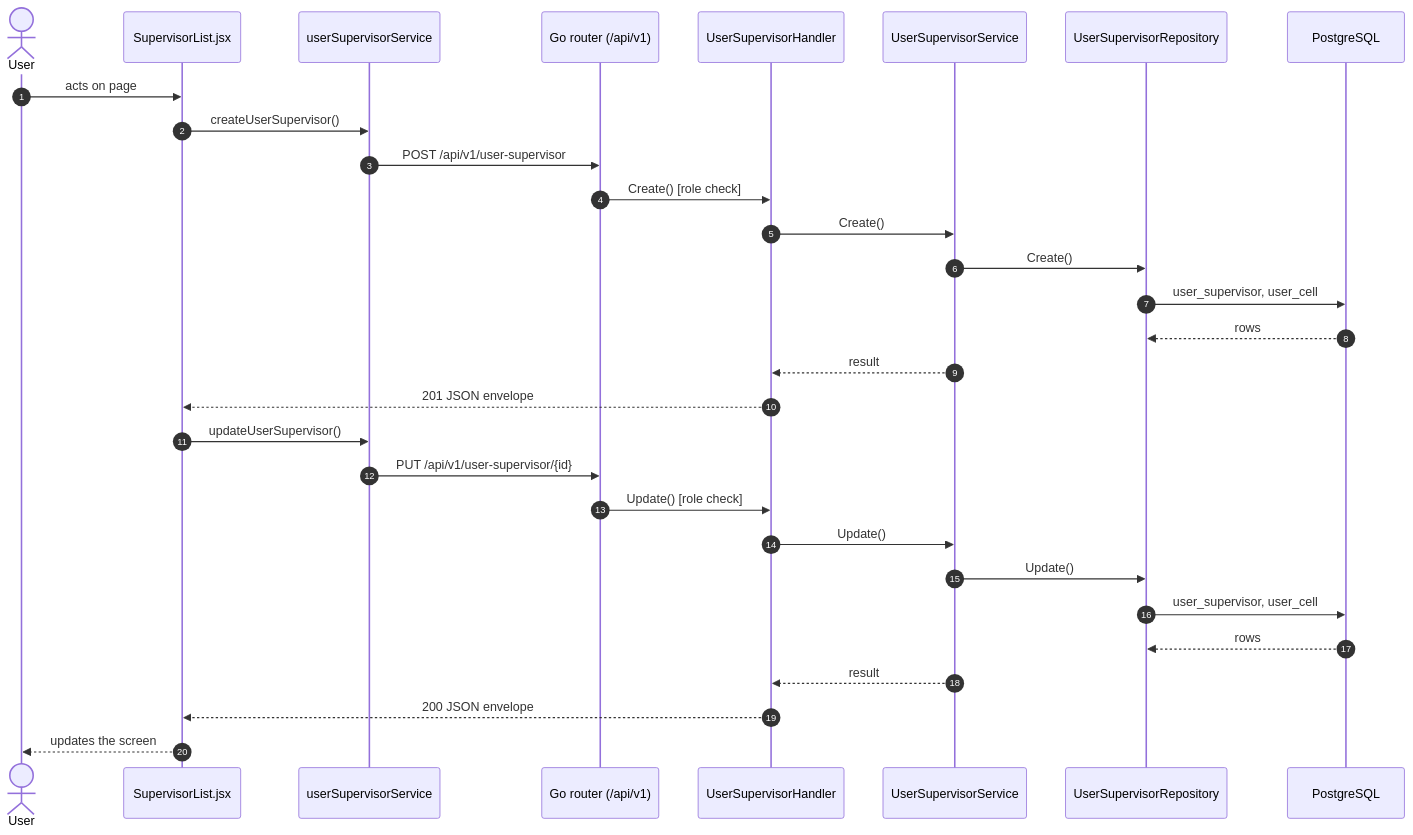
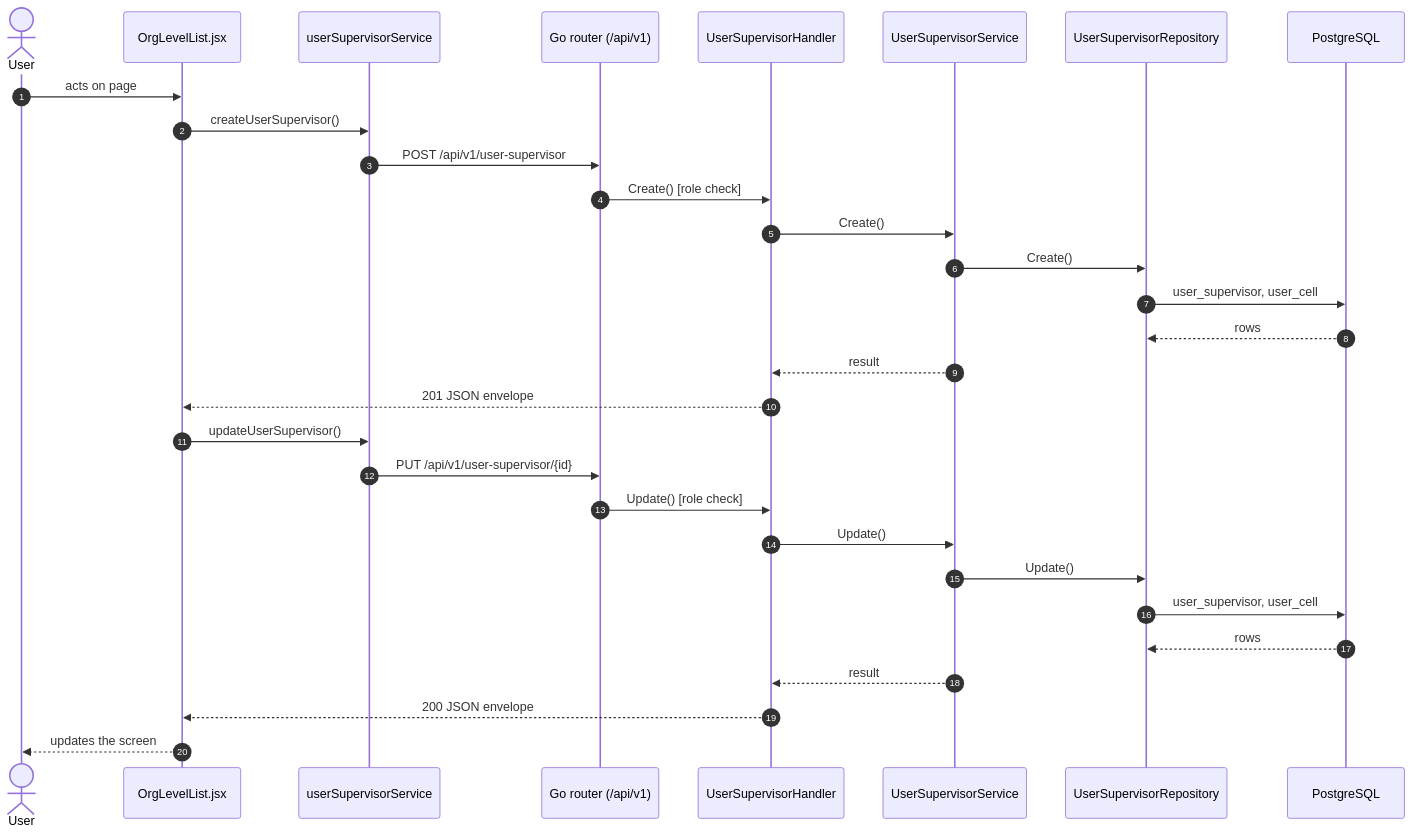
One commit to hirenenliven/7th-sense-client changed the third of 3 diagrams in docs/pages/org-supervisors.md. Above: the diagram before and after it, drawn with Mermaid. The commit also changed other lines of this file and 143 other files, not shown here.

First line of the commit message:
feat: live machine data over Socket.IO, shared org-level screens, and user machine filters

````diff
--- a/docs/pages/org-supervisors.md
+++ b/docs/pages/org-supervisors.md
@@ -106,32 +106,32 @@
 ```mermaid
 sequenceDiagram
   autonumber
   actor User
-  participant Page as SupervisorList.jsx
+  participant Page as OrgLevelList.jsx
   participant userSupervisorService
   participant API as Go router (/api/v1)
   participant UserSupervisorHandler
   participant UserSupervisorService
   participant UserSupervisorRepository
   participant DB as PostgreSQL
   User->>Page: acts on page
   Page->>userSupervisorService: createUserSupervisor()
   userSupervisorService->>API: POST /api/v1/user-supervisor
   API->>UserSupervisorHandler: Create() [role check]
   UserSupervisorHandler->>UserSupervisorService: Create()
   UserSupervisorService->>UserSupervisorRepository: Create()
   UserSupervisorRepository->>DB: user_supervisor, user_cell
   DB-->>UserSupervisorRepository: rows
   UserSupervisorService-->>UserSupervisorHandler: result
   UserSupervisorHandler-->>Page: 201 JSON envelope
   Page->>userSupervisorService: updateUserSupervisor()
   userSupervisorService->>API: PUT /api/v1/user-supervisor/{id}
   API->>UserSupervisorHandler: Update() [role check]
   UserSupervisorHandler->>UserSupervisorService: Update()
   UserSupervisorService->>UserSupervisorRepository: Update()
   UserSupervisorRepository->>DB: user_supervisor, user_cell
   DB-->>UserSupervisorRepository: rows
   UserSupervisorService-->>UserSupervisorHandler: result
   UserSupervisorHandler-->>Page: 200 JSON envelope
   Page-->>User: updates the screen
 ```
````
